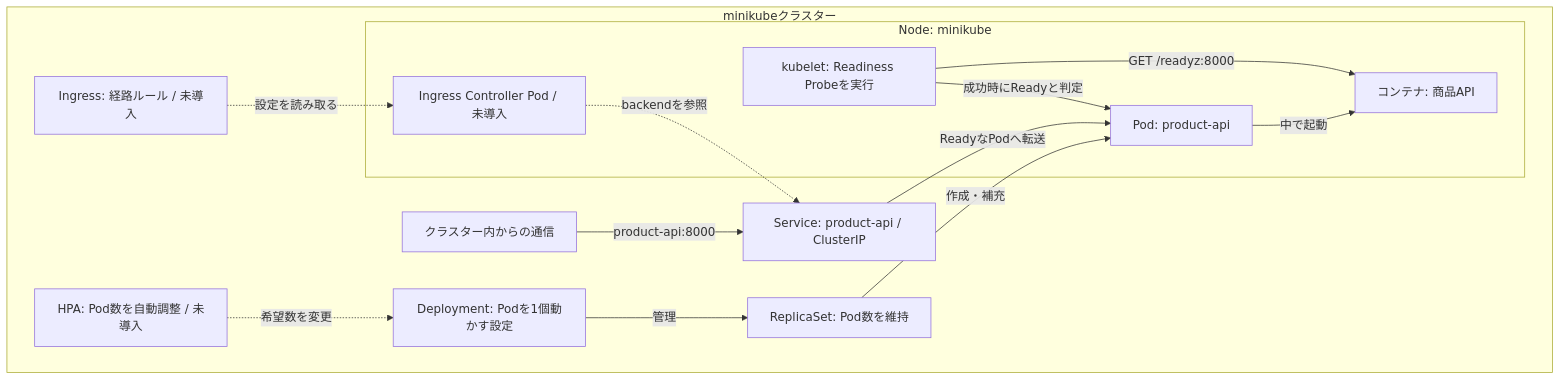
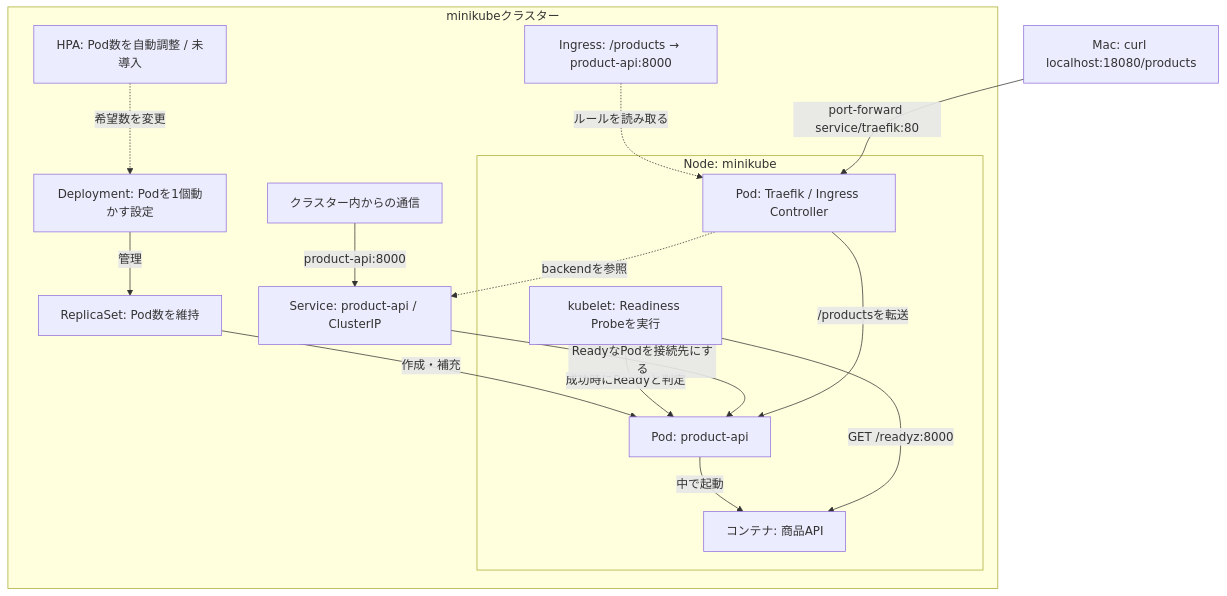
One commit to tikyuu/eks-platform-hands-on changed the diagram in docs/minikube商品APIの構成図.md. Above: the diagram before and after it, drawn with Mermaid. The commit also changed other lines of this file and 2 other files, not shown here.

Commit message:
feat: ローカルIngressをTraefikで動作させる

````diff
--- a/docs/minikube商品APIの構成図.md
+++ b/docs/minikube商品APIの構成図.md
@@ -3,21 +3,24 @@
 ```mermaid
 flowchart TD
+    M["Mac: curl localhost:18080/products"]
     subgraph K["minikubeクラスター"]
         D["Deployment: Podを1個動かす設定"] -->|管理| R["ReplicaSet: Pod数を維持"]
         C["クラスター内からの通信"] -->|product-api:8000| S["Service: product-api / ClusterIP"]
-        I["Ingress: 経路ルール / 未導入"]
+        I["Ingress: /products → product-api:8000"]
         H["HPA: Pod数を自動調整 / 未導入"]
         subgraph N["Node: minikube"]
             KL["kubelet: Readiness Probeを実行"]
             P["Pod: product-api"] -->|中で起動| A["コンテナ: 商品API"]
-            IC["Ingress Controller Pod / 未導入"]
+            T["Pod: Traefik / Ingress Controller"]
         end
         R -->|作成・補充| P
         KL -->|GET /readyz:8000| A
         KL -->|成功時にReadyと判定| P
-        S -->|ReadyなPodへ転送| P
-        I -. 設定を読み取る .-> IC
+        S -->|ReadyなPodを接続先にする| P
+        I -. ルールを読み取る .-> T
         H -. 希望数を変更 .-> D
-        IC -. backendを参照 .-> S
+        T -. backendを参照 .-> S
+        T -->|/productsを転送| P
     end
+    M -->|port-forward service/traefik:80| T
 ```
````
